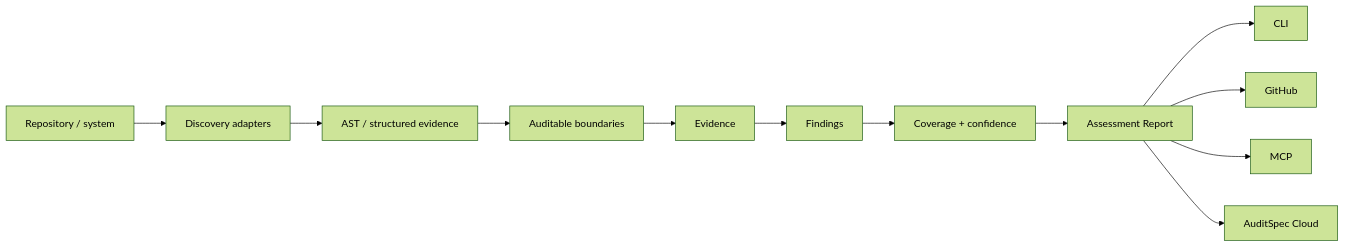
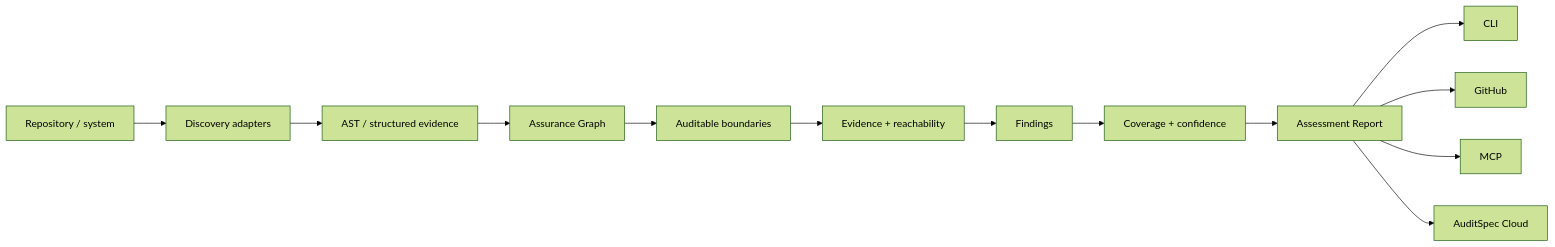
One commit to sergii/auditspec changed the diagram in docs/inspector.md. Above: the diagram before and after it, drawn with Mermaid (forest theme). The commit also changed other lines of this file, not shown here.

Commit message:
Document Inspector reachability model

````diff
--- a/docs/inspector.md
+++ b/docs/inspector.md
@@ -9,14 +9,15 @@
 ```mermaid
 flowchart LR
     R[Repository / system] --> D[Discovery adapters]
     D --> A[AST / structured evidence]
-    A --> B[Auditable boundaries]
-    B --> E[Evidence]
+    A --> G[Assurance Graph]
+    G --> B[Auditable boundaries]
+    B --> E[Evidence + reachability]
     E --> F[Findings]
     F --> C[Coverage + confidence]
     C --> O[Assessment Report]
     O --> CLI[CLI]
     O --> GH[GitHub]
     O --> MCP[MCP]
     O --> Cloud[AuditSpec Cloud]
 ```
````
